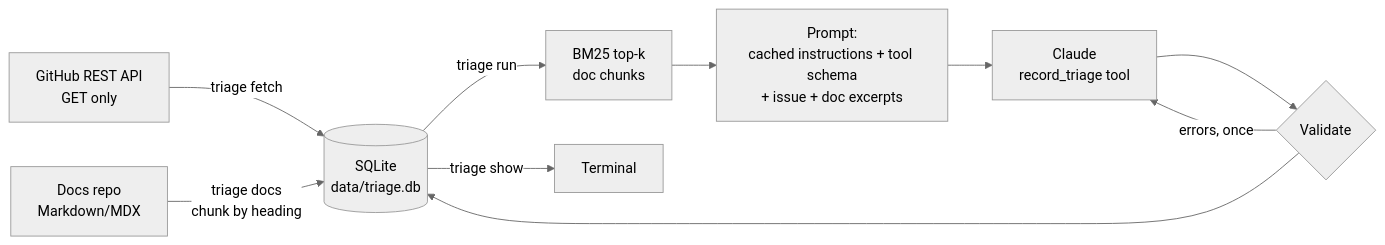
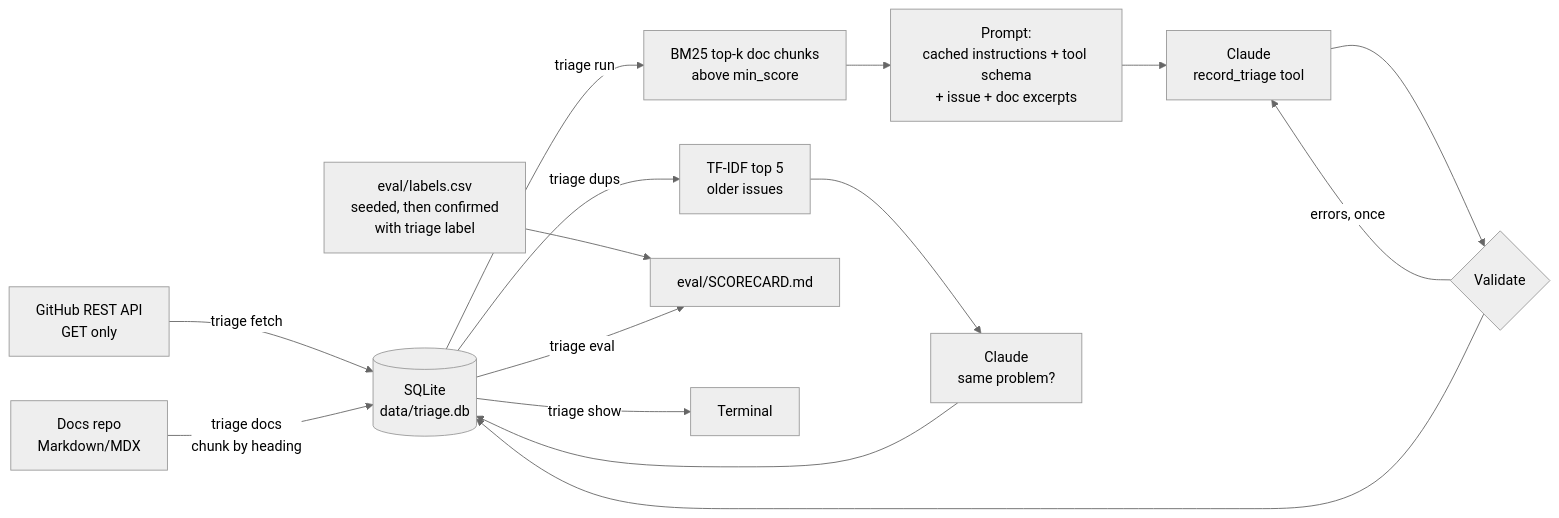
The diagram in README.md (iVoyd/support-triage-assistant), drawn with Mermaid (neutral theme) before and after one commit. The commit also changed other lines of this file and 1 other file, not shown here.

First line of the commit message:
README and eval/CHANGELOG.md for Milestone 2

````diff
--- a/README.md
+++ b/README.md
@@ -16,12 +18,17 @@
 ```mermaid
 flowchart LR
     GH[GitHub REST API<br/>GET only] -->|triage fetch| DB[(SQLite<br/>data/triage.db)]
     DOCS[Docs repo<br/>Markdown/MDX] -->|triage docs<br/>chunk by heading| DB
-    DB -->|triage run| R[BM25 top-k<br/>doc chunks]
+    DB -->|triage run| R[BM25 top-k doc chunks<br/>above min_score]
     R --> P[Prompt:<br/>cached instructions + tool schema<br/>+ issue + doc excerpts]
     P --> C[Claude<br/>record_triage tool]
     C --> V{Validate}
     V -->|errors, once| C
     V --> DB
+    DB -->|triage dups| T[TF-IDF top 5<br/>older issues]
+    T --> C2[Claude<br/>same problem?]
+    C2 --> DB
+    L[eval/labels.csv<br/>seeded, then confirmed<br/>with triage label] --> E
+    DB -->|triage eval| E[eval/SCORECARD.md]
     DB -->|triage show| U[Terminal]
 ```
````
